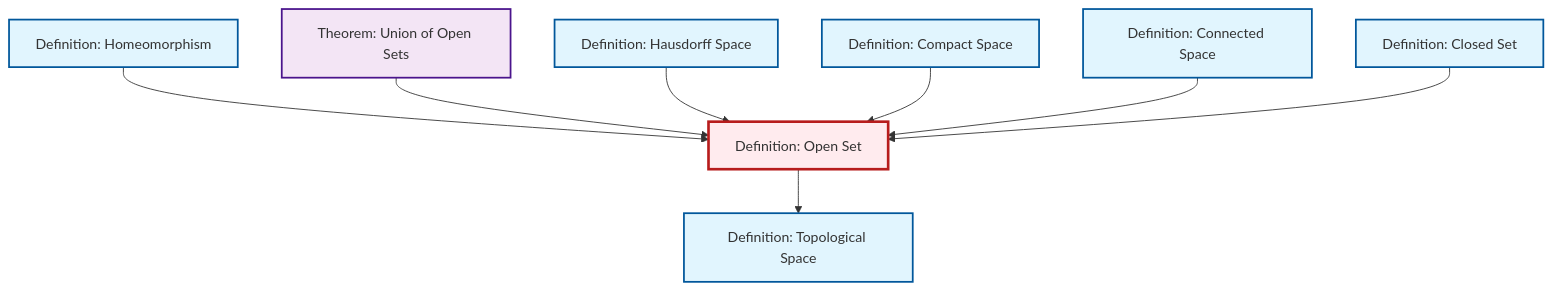
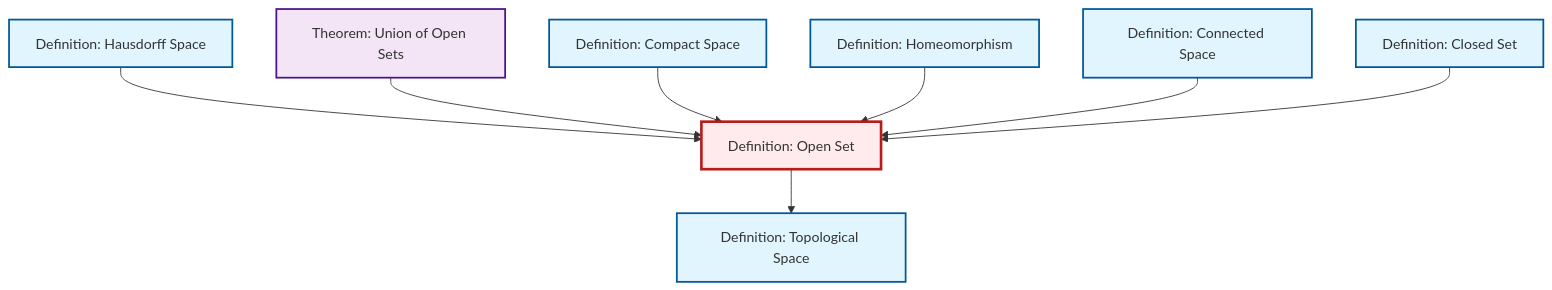
One commit to RK0429/ModernMath changed the diagram in content/ja/topology/def-open-set.qmd. Above: the diagram before and after it, drawn with Mermaid. The commit also changed other lines of this file and 654 other files, not shown here.

````diff
--- a/content/ja/topology/def-open-set.qmd
+++ b/content/ja/topology/def-open-set.qmd
@@ -54,32 +55,32 @@
 ```{mermaid}
 %%| fig-cap: "Local dependency graph"
 graph TD
     classDef definition fill:#e1f5fe,stroke:#01579b,stroke-width:2px
     classDef theorem fill:#f3e5f5,stroke:#4a148c,stroke-width:2px
     classDef axiom fill:#fff3e0,stroke:#e65100,stroke-width:2px
     classDef example fill:#e8f5e9,stroke:#1b5e20,stroke-width:2px
     classDef current fill:#ffebee,stroke:#b71c1c,stroke-width:3px
+    def-connected["Definition: Connected Space"]:::definition
+    thm-union-open-sets["Theorem: Union of Open Sets"]:::theorem
+    def-open-set["Definition: Open Set"]:::definition
+    def-closed-set["Definition: Closed Set"]:::definition
+    def-hausdorff["Definition: Hausdorff Space"]:::definition
     def-homeomorphism["Definition: Homeomorphism"]:::definition
     def-compact["Definition: Compact Space"]:::definition
-    def-hausdorff["Definition: Hausdorff Space"]:::definition
     def-topological-space["Definition: Topological Space"]:::definition
-    thm-union-open-sets["Theorem: Union of Open Sets"]:::theorem
-    def-closed-set["Definition: Closed Set"]:::definition
-    def-open-set["Definition: Open Set"]:::definition
-    def-connected["Definition: Connected Space"]:::definition
+    def-open-set --> def-topological-space
+    def-hausdorff --> def-open-set
+    thm-union-open-sets --> def-open-set
+    def-compact --> def-open-set
     def-homeomorphism --> def-open-set
-    thm-union-open-sets --> def-open-set
-    def-hausdorff --> def-open-set
-    def-open-set --> def-topological-space
-    def-compact --> def-open-set
     def-connected --> def-open-set
     def-closed-set --> def-open-set
     class def-open-set current
+    click def-connected "def-connected.html" "Definition: Connected Spaceへ"
+    click thm-union-open-sets "thm-union-open-sets.html" "Theorem: Union of Open Setsへ"
+    click def-closed-set "def-closed-set.html" "Definition: Closed Setへ"
+    click def-hausdorff "def-hausdorff.html" "Definition: Hausdorff Spaceへ"
     click def-homeomorphism "def-homeomorphism.html" "Definition: Homeomorphismへ"
     click def-compact "def-compact.html" "Definition: Compact Spaceへ"
-    click def-hausdorff "def-hausdorff.html" "Definition: Hausdorff Spaceへ"
     click def-topological-space "def-topological-space.html" "Definition: Topological Spaceへ"
-    click thm-union-open-sets "thm-union-open-sets.html" "Theorem: Union of Open Setsへ"
-    click def-closed-set "def-closed-set.html" "Definition: Closed Setへ"
-    click def-connected "def-connected.html" "Definition: Connected Spaceへ"
 ```
````
